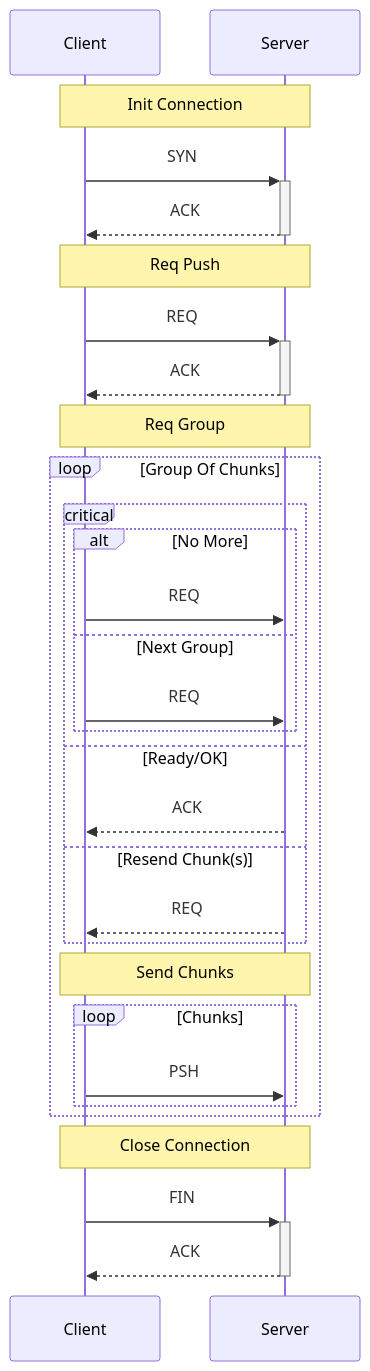
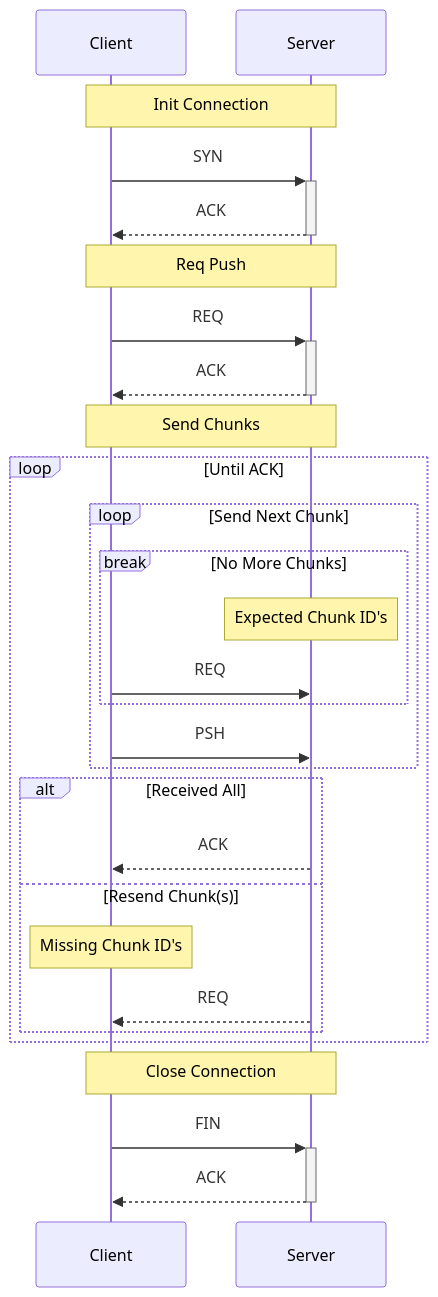
One commit to enchant97/file-sync-protocol changed the diagram in prototypes/proto-1/README.md. Above: the diagram before and after it, drawn with Mermaid. The commit also changed other lines of this file and 4 other files, not shown here.

Commit message:
remove chunk group & fix ack types

````diff
--- a/prototypes/proto-1/README.md
+++ b/prototypes/proto-1/README.md
@@ -31,30 +31,28 @@
 ```mermaid
 sequenceDiagram
     Note over Client,Server: Init Connection
     Client->>+Server: SYN
     Server-->>-Client: ACK
     Note over Client,Server: Req Push
     Client ->>+ Server: REQ
     Server -->>- Client: ACK
-    Note over Client,Server: Req Group
-    loop Group Of Chunks
-        critical
-            alt No More
-                Client ->> Server: REQ
-            else Next Group
+    Note over Client,Server: Send Chunks
+    loop Until ACK
+        loop Send Next Chunk
+            break No More Chunks
+                Note over Server: Expected Chunk ID's
                 Client ->> Server: REQ
             end
-        option Ready/OK
+            Client ->> Server: PSH
+        end
+        alt Received All
             Server -->> Client: ACK
-        option Resend Chunk(s)
+        else Resend Chunk(s)
+            Note over Client: Missing Chunk ID's
             Server -->> Client: REQ
-        end
-        Note over Client,Server: Send Chunks
-        loop Chunks
-            Client ->> Server: PSH
         end
     end
     Note over Client,Server: Close Connection
     Client->>+ Server: FIN
     Server -->>- Client: ACK
 ```
````
